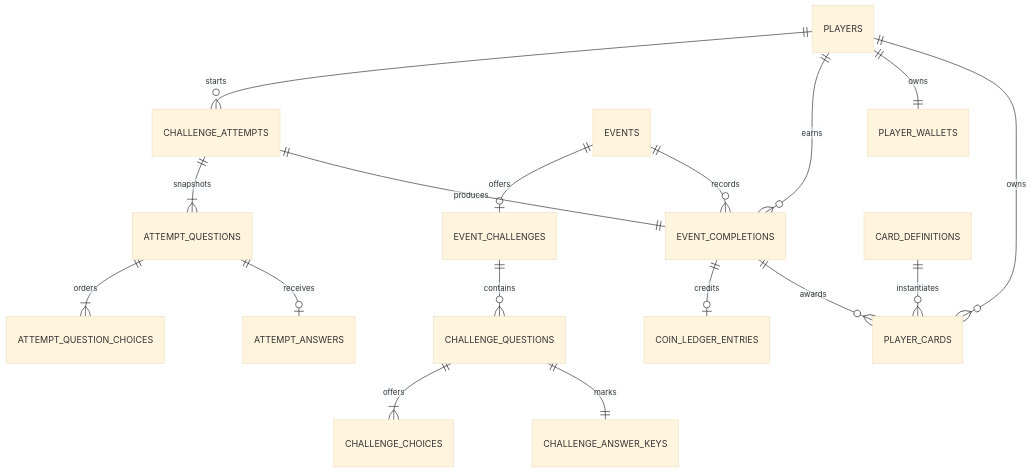
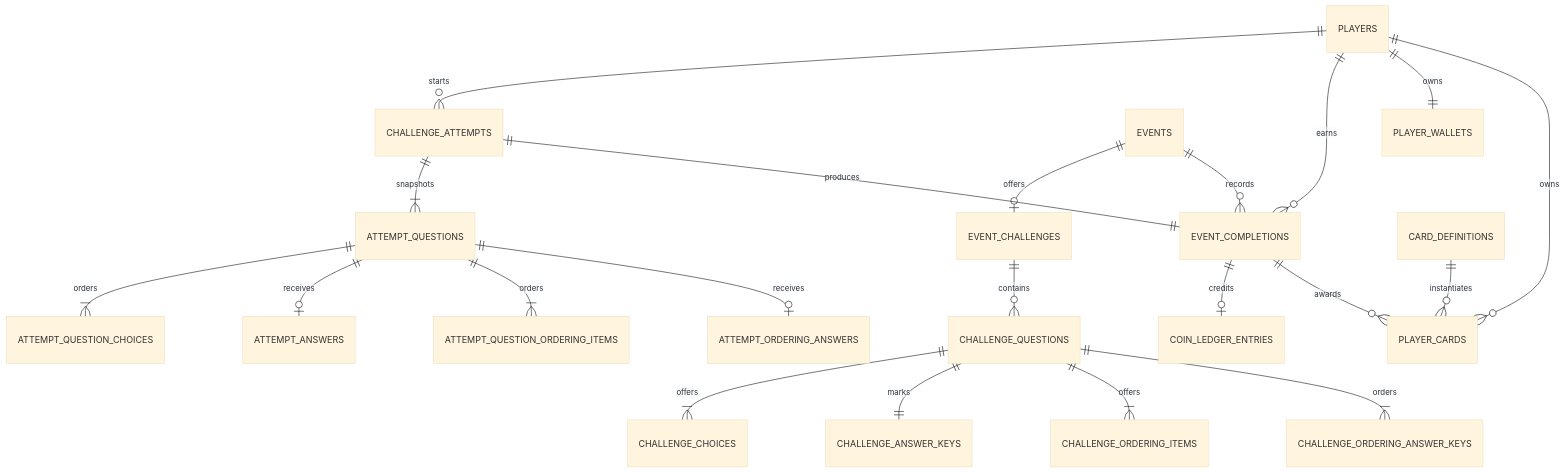
Before and after one commit to Gradient-Ascenders/Wits-World: the diagram in docs/database/challenge-reward-persistence-design.md, drawn with Mermaid (base theme). The commit also changed other lines of this file and 24 other files, not shown here.

Commit message:
[feat] add ordering challenge persistence and APIs

````diff
--- a/docs/database/challenge-reward-persistence-design.md
+++ b/docs/database/challenge-reward-persistence-design.md
@@ -74,19 +76,23 @@
 ```mermaid
 erDiagram
   PLAYERS ||--o{ CHALLENGE_ATTEMPTS : starts
   EVENTS ||--o| EVENT_CHALLENGES : offers
   EVENT_CHALLENGES ||--o{ CHALLENGE_QUESTIONS : contains
   CHALLENGE_QUESTIONS ||--|{ CHALLENGE_CHOICES : offers
   CHALLENGE_QUESTIONS ||--|| CHALLENGE_ANSWER_KEYS : marks
+  CHALLENGE_QUESTIONS ||--|{ CHALLENGE_ORDERING_ITEMS : offers
+  CHALLENGE_QUESTIONS ||--|{ CHALLENGE_ORDERING_ANSWER_KEYS : orders
   CHALLENGE_ATTEMPTS ||--|{ ATTEMPT_QUESTIONS : snapshots
   ATTEMPT_QUESTIONS ||--|{ ATTEMPT_QUESTION_CHOICES : orders
   ATTEMPT_QUESTIONS ||--o| ATTEMPT_ANSWERS : receives
+  ATTEMPT_QUESTIONS ||--|{ ATTEMPT_QUESTION_ORDERING_ITEMS : orders
+  ATTEMPT_QUESTIONS ||--o| ATTEMPT_ORDERING_ANSWERS : receives
   PLAYERS ||--o{ EVENT_COMPLETIONS : earns
   EVENTS ||--o{ EVENT_COMPLETIONS : records
   CHALLENGE_ATTEMPTS ||--|| EVENT_COMPLETIONS : produces
   PLAYERS ||--|| PLAYER_WALLETS : owns
   EVENT_COMPLETIONS ||--o| COIN_LEDGER_ENTRIES : credits
   PLAYERS ||--o{ PLAYER_CARDS : owns
   CARD_DEFINITIONS ||--o{ PLAYER_CARDS : instantiates
   EVENT_COMPLETIONS ||--o{ PLAYER_CARDS : awards
 ```
````
